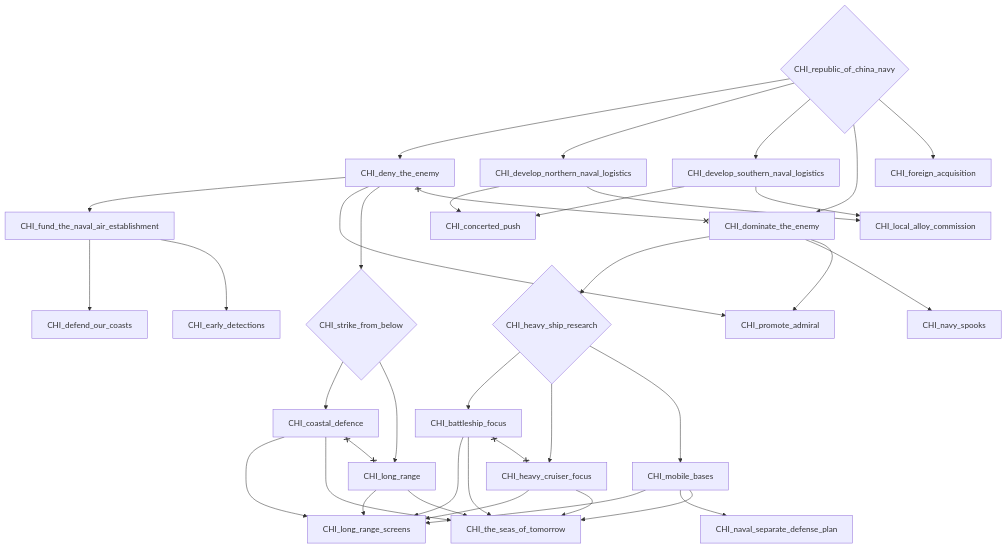
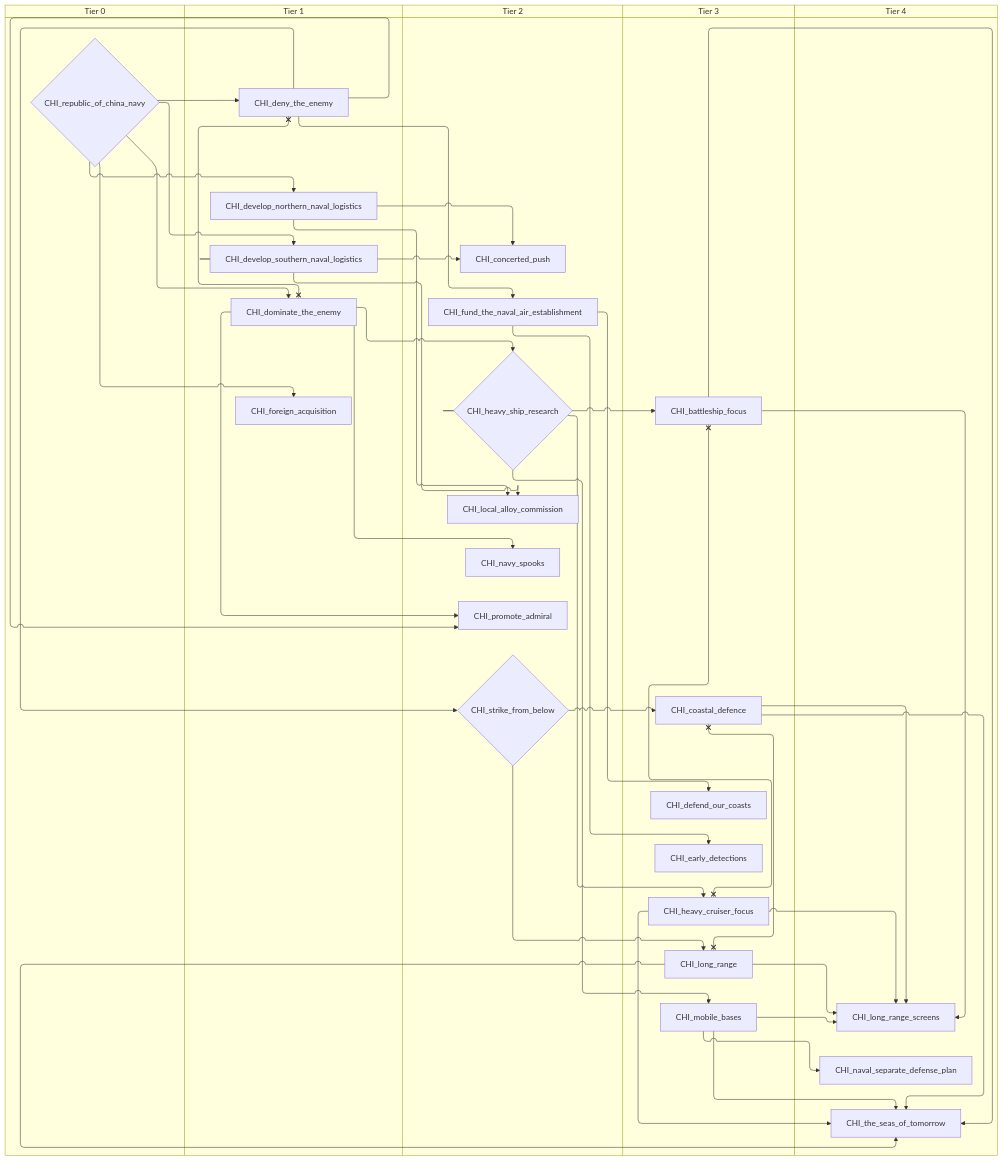
Before and after one commit to evgeny-sobol/hoi4-sandbox-mode-r56: the fifth of 7 diagrams in docs/gdd/National Focuses/china_nationalist_sea.md, drawn with Mermaid. The commit also changed other lines of this file and 423 other files, not shown here.

First line of the commit message:
Re-export Rt56 focus trees as swimlane diagrams

````diff
--- a/docs/gdd/National Focuses/china_nationalist_sea.md
+++ b/docs/gdd/National Focuses/china_nationalist_sea.md
@@ -559,62 +627,72 @@
 ```mermaid
-flowchart TD
-    n222["CHI_battleship_focus"]
-    n223["CHI_coastal_defence"]
-    n224["CHI_concerted_push"]
-    n225["CHI_defend_our_coasts"]
-    n226["CHI_deny_the_enemy"]
-    n227["CHI_develop_northern_naval_logistics"]
-    n228["CHI_develop_southern_naval_logistics"]
-    n229["CHI_dominate_the_enemy"]
-    n230["CHI_early_detections"]
-    n231["CHI_foreign_acquisition"]
-    n232["CHI_fund_the_naval_air_establishment"]
-    n233["CHI_heavy_cruiser_focus"]
-    n234{"CHI_heavy_ship_research"}
-    n235["CHI_local_alloy_commission"]
-    n236["CHI_long_range"]
-    n237["CHI_long_range_screens"]
-    n238["CHI_mobile_bases"]
-    n239["CHI_naval_separate_defense_plan"]
-    n240["CHI_navy_spooks"]
-    n241["CHI_promote_admiral"]
-    n242{"CHI_republic_of_china_navy"}
-    n243{"CHI_strike_from_below"}
-    n244["CHI_the_seas_of_tomorrow"]
-    n234 --> n222
-    n243 --> n223
-    n227 --> n224
-    n228 --> n224
-    n232 --> n225
-    n242 --> n226
-    n242 --> n227
-    n242 --> n228
-    n242 --> n229
-    n232 --> n230
-    n242 --> n231
+swimlane-beta TD
+    subgraph tier_0["Tier 0"]
+        n222{"CHI_republic_of_china_navy"}
+    end
+    subgraph tier_1["Tier 1"]
+        n223["CHI_deny_the_enemy"]
+        n224["CHI_develop_northern_naval_logistics"]
+        n225["CHI_develop_southern_naval_logistics"]
+        n226["CHI_dominate_the_enemy"]
+        n227["CHI_foreign_acquisition"]
+    end
+    subgraph tier_2["Tier 2"]
+        n228["CHI_concerted_push"]
+        n229["CHI_fund_the_naval_air_establishment"]
+        n230{"CHI_heavy_ship_research"}
+        n231["CHI_local_alloy_commission"]
+        n232["CHI_navy_spooks"]
+        n233["CHI_promote_admiral"]
+        n234{"CHI_strike_from_below"}
+    end
+    subgraph tier_3["Tier 3"]
+        n235["CHI_battleship_focus"]
+        n236["CHI_coastal_defence"]
+        n237["CHI_defend_our_coasts"]
+        n238["CHI_early_detections"]
+        n239["CHI_heavy_cruiser_focus"]
+        n240["CHI_long_range"]
+        n241["CHI_mobile_bases"]
+    end
+    subgraph tier_4["Tier 4"]
+        n242["CHI_long_range_screens"]
+        n243["CHI_naval_separate_defense_plan"]
+        n244["CHI_the_seas_of_tomorrow"]
+    end
+    n230 --> n235
+    n234 --> n236
+    n224 --> n228
+    n225 --> n228
+    n229 --> n237
+    n222 --> n223
+    n222 --> n224
+    n222 --> n225
+    n222 --> n226
+    n229 --> n238
+    n222 --> n227
+    n223 --> n229
+    n230 --> n239
+    n226 --> n230
+    n224 --> n231
+    n225 --> n231
+    n234 --> n240
+    n235 --> n242
+    n239 --> n242
+    n241 --> n242
+    n236 --> n242
+    n240 --> n242
+    n230 --> n241
+    n241 --> n243
     n226 --> n232
-    n234 --> n233
-    n229 --> n234
-    n227 --> n235
-    n228 --> n235
-    n243 --> n236
-    n222 --> n237
-    n233 --> n237
-    n238 --> n237
-    n223 --> n237
-    n236 --> n237
-    n234 --> n238
-    n238 --> n239
-    n229 --> n240
-    n226 --> n241
-    n229 --> n241
-    n226 --> n243
-    n222 --> n244
-    n233 --> n244
-    n238 --> n244
-    n223 --> n244
+    n223 --> n233
+    n226 --> n233
+    n223 --> n234
+    n235 --> n244
+    n239 --> n244
+    n241 --> n244
     n236 --> n244
-    n222 x--x n233
-    n223 x--x n236
-    n226 x--x n229
+    n240 --> n244
+    n235 x--x n239
+    n236 x--x n240
+    n223 x--x n226
 ```
````
